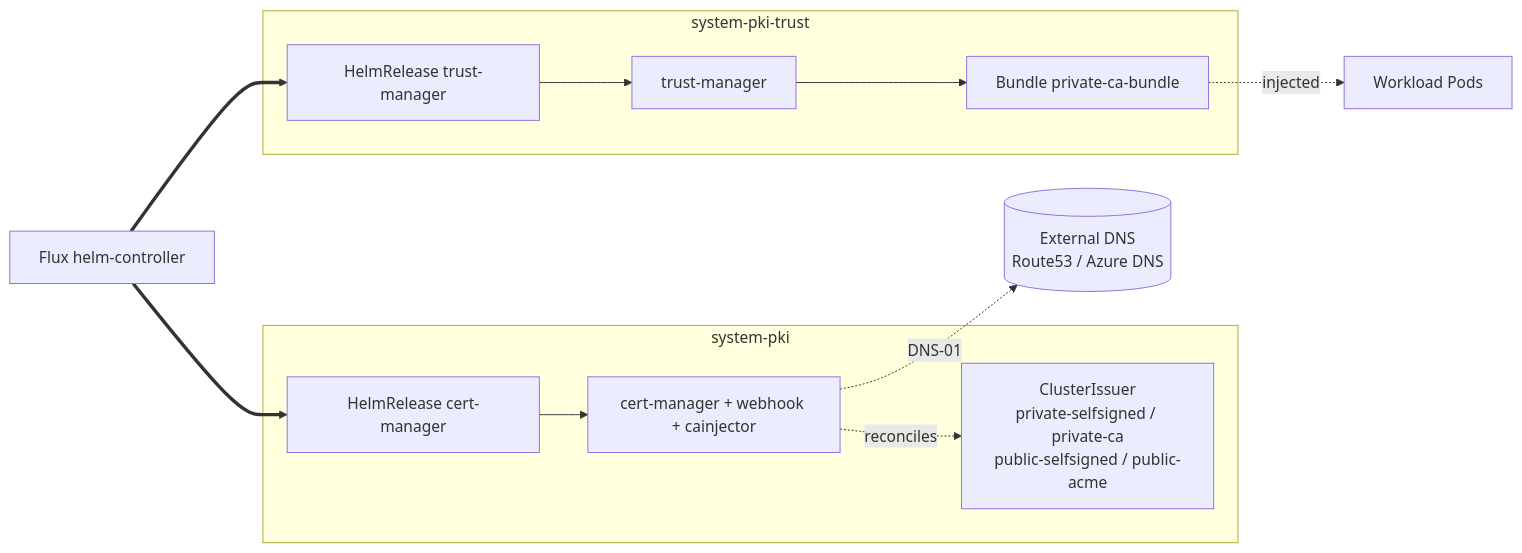
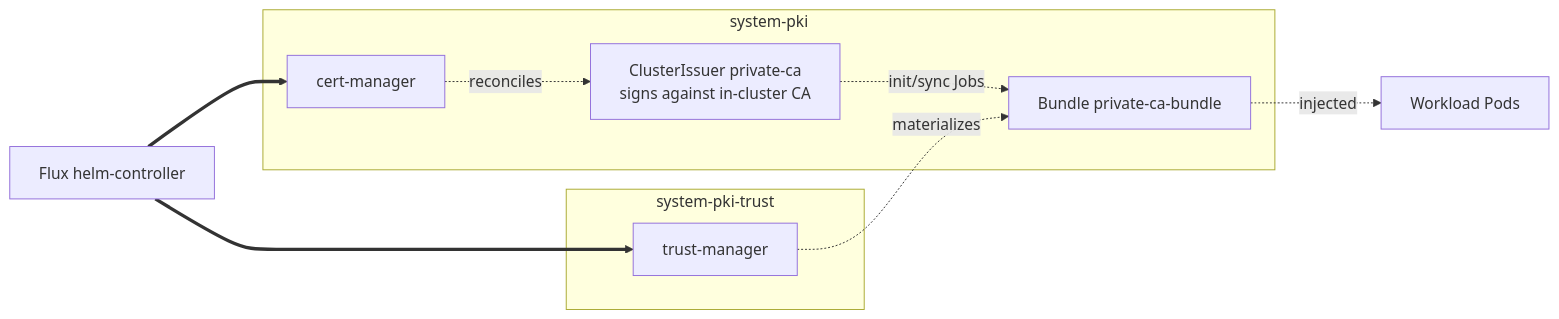
The fourth of 4 diagrams in kustomize/pki/README.md (windsorcli/core), drawn with Mermaid before and after one commit. The commit also changed other lines of this file and 5 other files, not shown here.

Commit message:
feat(docs): update architecture and recipes sections across multiple add-ons for clarity and consistency

````diff
--- a/kustomize/pki/README.md
+++ b/kustomize/pki/README.md
@@ -28,27 +144,23 @@
 ```mermaid
 flowchart LR
   flux[Flux helm-controller]
 
   subgraph systempki[system-pki]
-    cm_hr[HelmRelease cert-manager]
-    cm_pods[cert-manager + webhook + cainjector]
-    issuers[ClusterIssuer<br/>private-selfsigned / private-ca<br/>public-selfsigned / public-acme]
+    cm[cert-manager]
+    ca[ClusterIssuer private-ca<br/>signs against in-cluster CA]
+    bundle[Bundle private-ca-bundle]
   end
 
   subgraph systempkitrust[system-pki-trust]
-    tm_hr[HelmRelease trust-manager]
-    tm_pods[trust-manager]
-    bundle[Bundle private-ca-bundle]
+    tm[trust-manager]
   end
 
   workloads[Workload Pods]
-  registrar[(External DNS<br/>Route53 / Azure DNS)]
 
-  flux ==> cm_hr & tm_hr
-  cm_hr --> cm_pods
-  tm_hr --> tm_pods
-  cm_pods -.reconciles.-> issuers
-  cm_pods -.DNS-01.-> registrar
-  tm_pods --> bundle
+  flux ==> cm
+  flux ==> tm
+  cm -.reconciles.-> ca
+  ca -.init/sync Jobs.-> bundle
+  tm -.materializes.-> bundle
   bundle -.injected.-> workloads
 ```
````
